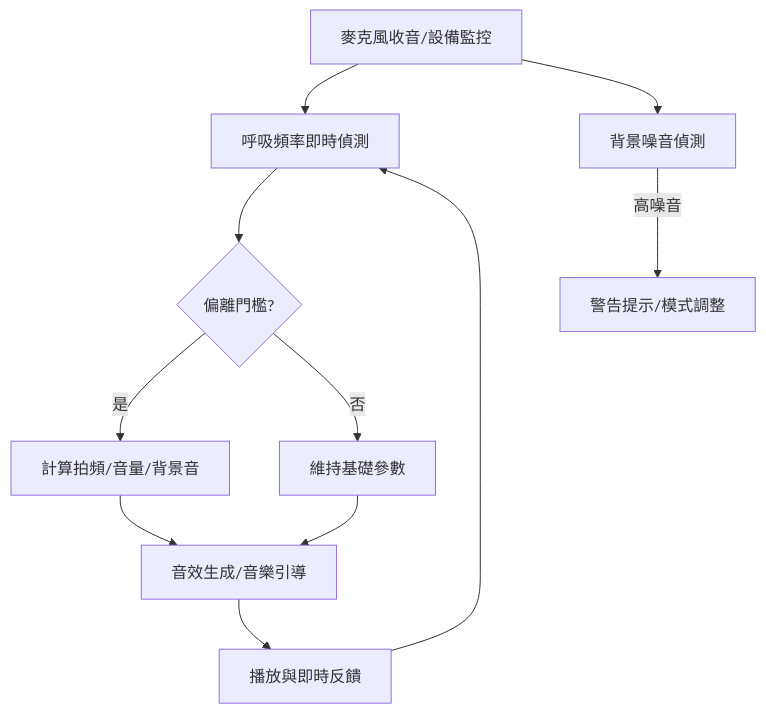
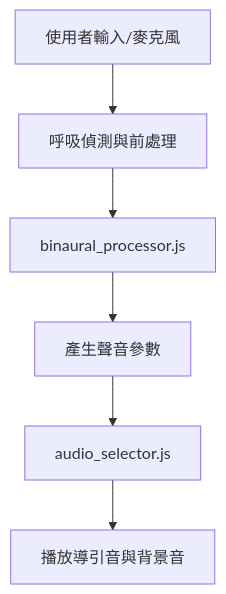
The diagram in ARCHITECTURE.md (weiqi-kids/vuko.life), drawn with Mermaid before and after one commit. The commit also changed other lines of this file and 1 other file, not shown here.

Commit message:
docs: update architecture and processor docs

````diff
--- a/ARCHITECTURE.md
+++ b/ARCHITECTURE.md
@@ -16,12 +15,8 @@
 ```mermaid
 flowchart TD
-    A[麥克風收音/設備監控] --> B[呼吸頻率即時偵測]
-    B --> C{偏離門檻?}
-    C -- 是 --> D[計算拍頻/音量/背景音]
-    C -- 否 --> E[維持基礎參數]
-    D & E --> F[音效生成/音樂引導]
-    A --> G[背景噪音偵測]
-    G -->|高噪音| H[警告提示/模式調整]
-    F --> I[播放與即時反饋]
-    I --> B
+    A[使用者輸入/麥克風] --> B[呼吸偵測與前處理]
+    B --> C[binaural_processor.js]
+    C --> D[產生聲音參數]
+    D --> E[audio_selector.js]
+    E --> F[播放導引音與背景音]
 ```
````
